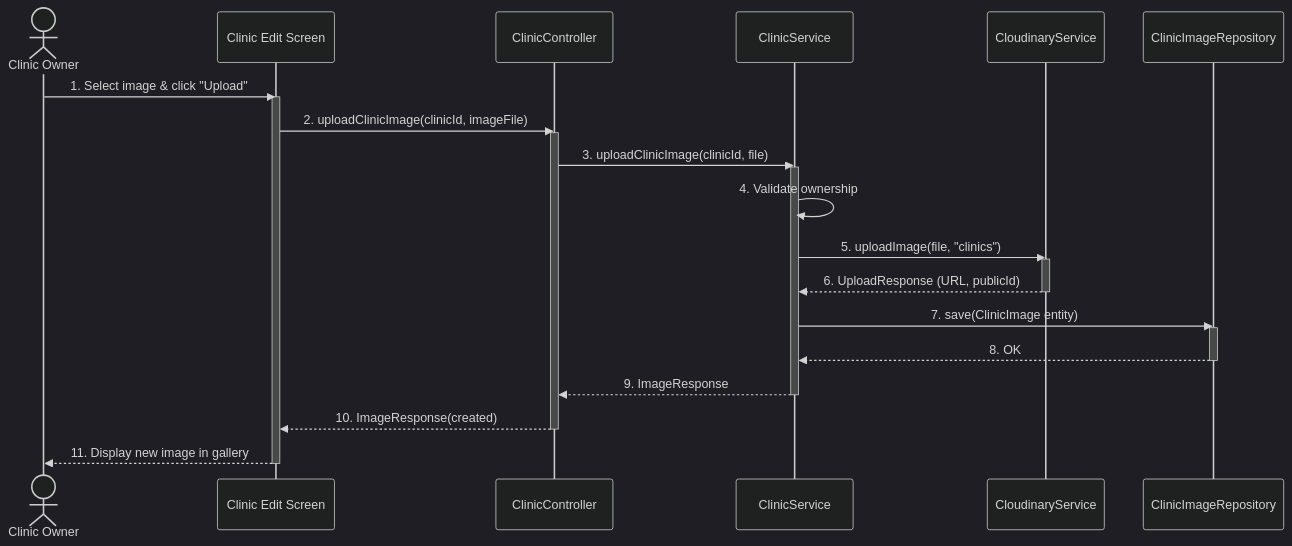
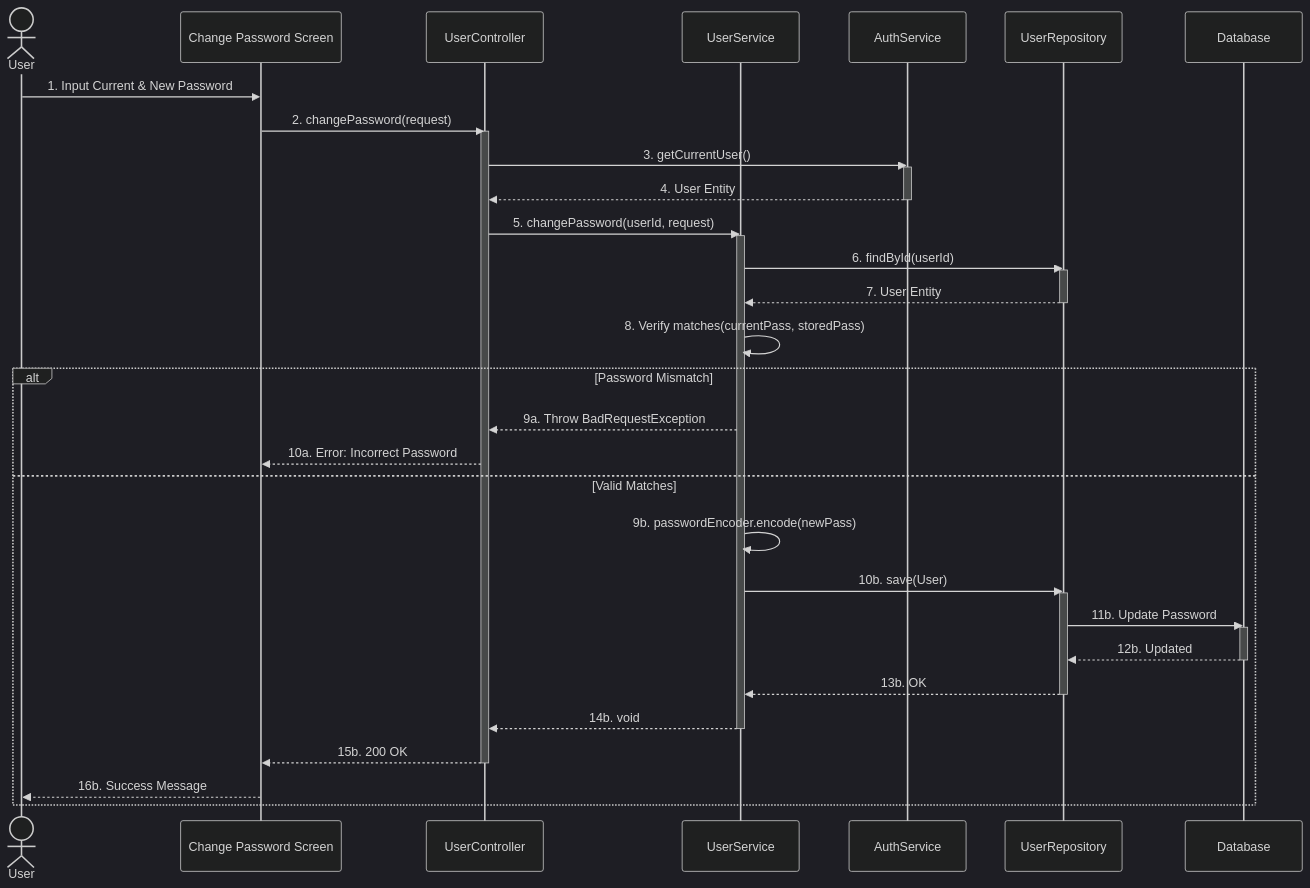
Before and after one commit to espresso23/Petties-Veterinary-Appointment-Booking-Platform: diagram 15 of 41 in docs-references/documentation/SDD/REPORT_4_SDD_SYSTEM_DESIGN.md, drawn with Mermaid (dark theme). The commit also changed other lines of this file and 9 other files, not shown here.

````diff
--- a/docs-references/documentation/SDD/REPORT_4_SDD_SYSTEM_DESIGN.md
+++ b/docs-references/documentation/SDD/REPORT_4_SDD_SYSTEM_DESIGN.md
@@ -1932,31 +1531,44 @@
 ```mermaid
 sequenceDiagram
-    actor Owner as Clinic Owner
-    participant UI as Clinic Edit Screen
-    participant CC as ClinicController
-    participant CS as ClinicService
-    participant Cloud as CloudinaryService
-    participant CIR as ClinicImageRepository
+    actor U as User
+    participant UI as Change Password Screen
+    participant UC as UserController
+    participant US as UserService
+    participant AS as AuthService
+    participant UR as UserRepository
+    participant DB as Database
 
-    Owner->>UI: 1. Select image & click "Upload"
-    activate UI
-    UI->>CC: 2. uploadClinicImage(clinicId, imageFile)
-    activate CC
-    CC->>CS: 3. uploadClinicImage(clinicId, file)
-    activate CS
-    CS->>CS: 4. Validate ownership
-    CS->>Cloud: 5. uploadImage(file, "clinics")
-    activate Cloud
-    Cloud-->>CS: 6. UploadResponse (URL, publicId)
-    deactivate Cloud
-    CS->>CIR: 7. save(ClinicImage entity)
-    activate CIR
-    CIR-->>CS: 8. OK
-    deactivate CIR
-    CS-->>CC: 9. ImageResponse
-    deactivate CS
-    CC-->>UI: 10. ImageResponse(created)
-    deactivate CC
-    UI-->>Owner: 11. Display new image in gallery
-    deactivate UI
+    U->>UI: 1. Input Current & New Password
+    UI->>UC: 2. changePassword(request)
+    activate UC
+    UC->>AS: 3. getCurrentUser()
+    activate AS
+    AS-->>UC: 4. User Entity
+    deactivate AS
+    UC->>US: 5. changePassword(userId, request)
+    activate US
+    US->>UR: 6. findById(userId)
+    activate UR
+    UR-->>US: 7. User Entity
+    deactivate UR
+    US->>US: 8. Verify matches(currentPass, storedPass)
+    alt Password Mismatch
+        US-->>UC: 9a. Throw BadRequestException
+        UC-->>UI: 10a. Error: Incorrect Password
+    else Valid Matches
+        US->>US: 9b. passwordEncoder.encode(newPass)
+        US->>UR: 10b. save(User)
+        activate UR
+        UR->>DB: 11b. Update Password
+        activate DB
+        DB-->>UR: 12b. Updated
+        deactivate DB
+        UR-->>US: 13b. OK
+        deactivate UR
+        US-->>UC: 14b. void
+        deactivate US
+        UC-->>UI: 15b. 200 OK
+        deactivate UC
+        UI-->>U: 16b. Success Message
+    end
 ```
````
